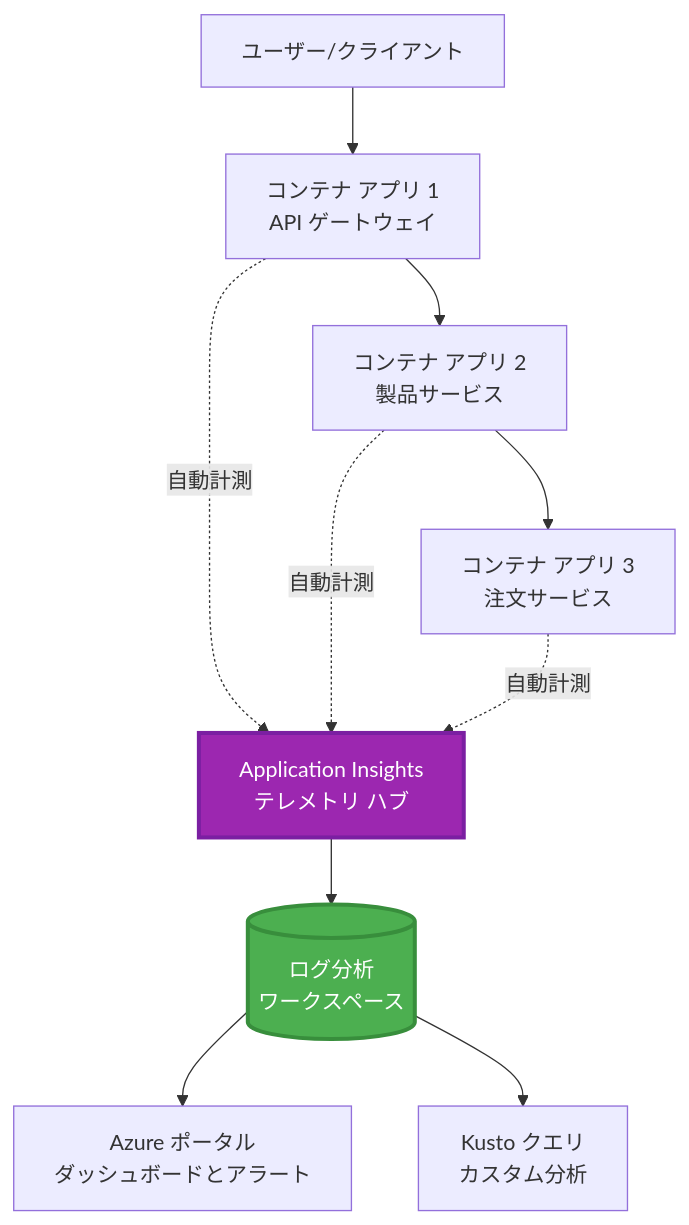
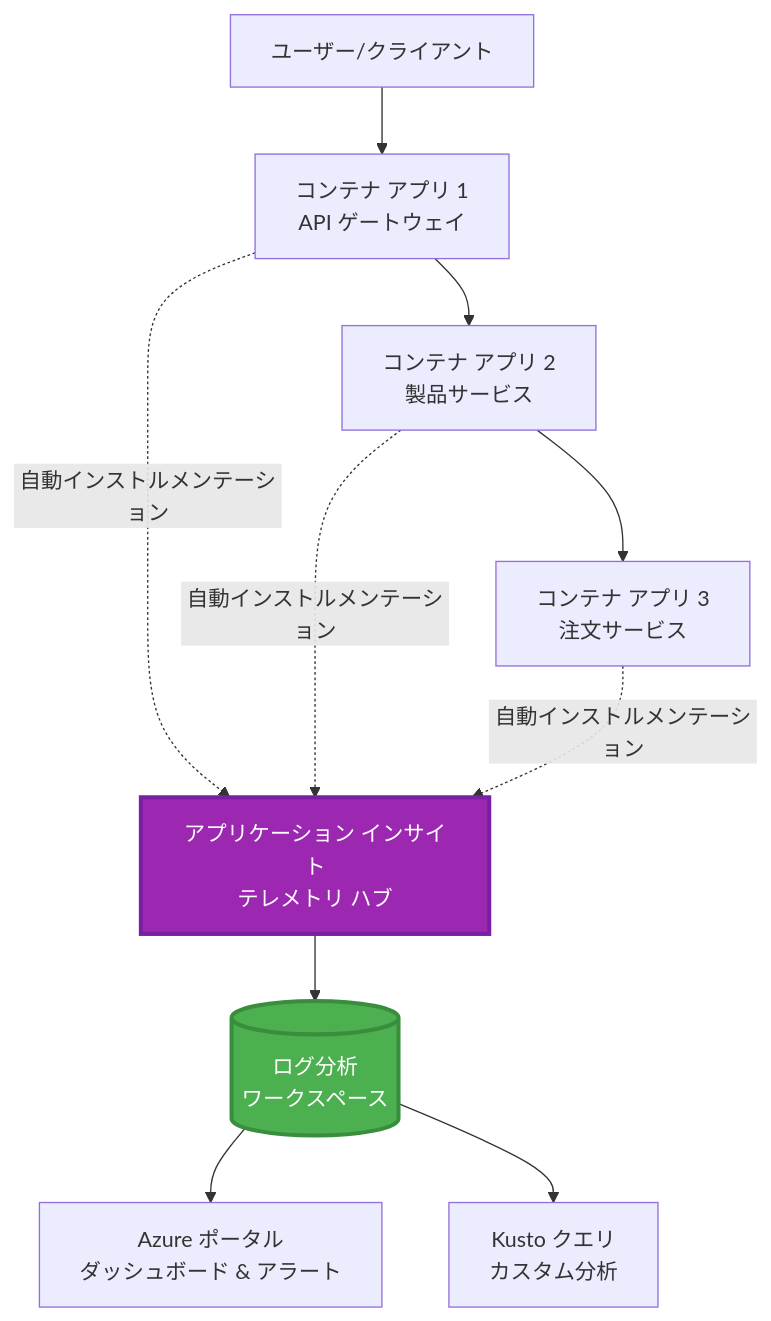
One commit to microsoft/AZD-for-beginners changed the first of 2 diagrams in translations/ja/docs/chapter-06-pre-deployment/application-insights.md. Above: the diagram before and after it, drawn with Mermaid. The commit also changed other lines of this file and 101 other files, not shown here.

````diff
--- a/translations/ja/docs/chapter-06-pre-deployment/application-insights.md
+++ b/translations/ja/docs/chapter-06-pre-deployment/application-insights.md
@@ -58,28 +58,28 @@
 ```mermaid
 graph TB
     User[ユーザー/クライアント]
     App1[コンテナ アプリ 1<br/>API ゲートウェイ]
     App2[コンテナ アプリ 2<br/>製品サービス]
     App3[コンテナ アプリ 3<br/>注文サービス]
     
-    AppInsights[Application Insights<br/>テレメトリ ハブ]
+    AppInsights[アプリケーション インサイト<br/>テレメトリ ハブ]
     LogAnalytics[(ログ分析<br/>ワークスペース)]
     
-    Portal[Azure ポータル<br/>ダッシュボードとアラート]
+    Portal[Azure ポータル<br/>ダッシュボード & アラート]
     Query[Kusto クエリ<br/>カスタム分析]
     
     User --> App1
     App1 --> App2
     App2 --> App3
     
-    App1 -.->|自動計測| AppInsights
-    App2 -.->|自動計測| AppInsights
-    App3 -.->|自動計測| AppInsights
+    App1 -.->|自動インストルメンテーション| AppInsights
+    App2 -.->|自動インストルメンテーション| AppInsights
+    App3 -.->|自動インストルメンテーション| AppInsights
     
     AppInsights --> LogAnalytics
     LogAnalytics --> Portal
     LogAnalytics --> Query
     
     style AppInsights fill:#9C27B0,stroke:#7B1FA2,stroke-width:3px,color:#fff
     style LogAnalytics fill:#4CAF50,stroke:#388E3C,stroke-width:3px,color:#fff
 ```
````
